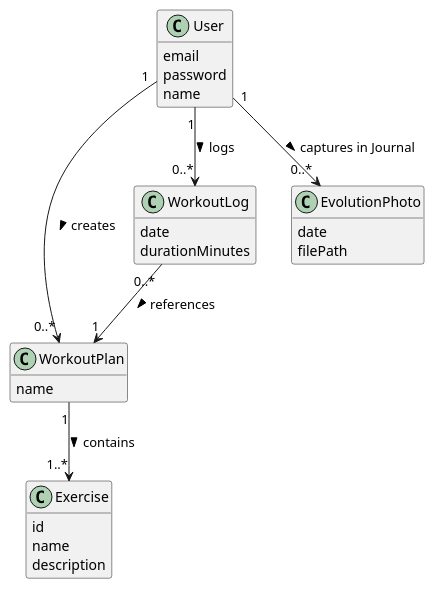
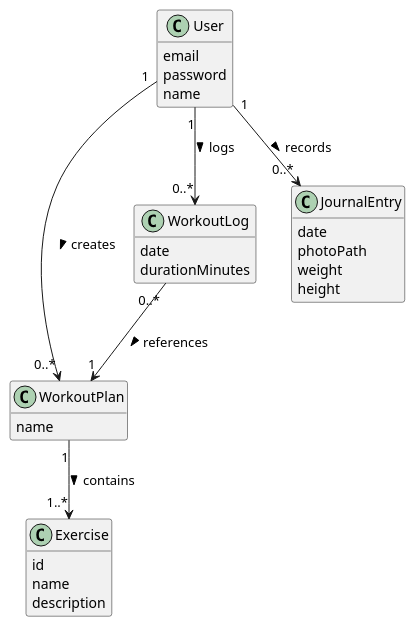
The diagram in docs/DM.puml (Martim690/DSSMV_ProjectDroid_1240690_1240842), drawn with PlantUML before and after one commit. The commit also changed 20 other files, not shown here.

```diff
--- a/docs/DM.puml
+++ b/docs/DM.puml
@@ -1,37 +1,39 @@
 @startuml
 skinparam classAttributeIconSize 0
 hide empty methods
 
 class User {
     email
     password
     name
 }
 
 class WorkoutPlan {
     name
 }
 
 class Exercise {
     id
     name
     description
 }
 
 class WorkoutLog {
     date
     durationMinutes
 }
 
-class EvolutionPhoto {
+class JournalEntry {
     date
-    filePath
+    photoPath
+    weight
+    height
 }
 
 User "1" --> "0..*" WorkoutPlan : creates >
 User "1" --> "0..*" WorkoutLog : logs >
-User "1" --> "0..*" EvolutionPhoto : captures in Journal >
+User "1" --> "0..*" JournalEntry : records >
 WorkoutPlan "1" --> "1..*" Exercise : contains >
 WorkoutLog "0..*" --> "1" WorkoutPlan : references >
 
 @enduml
```
